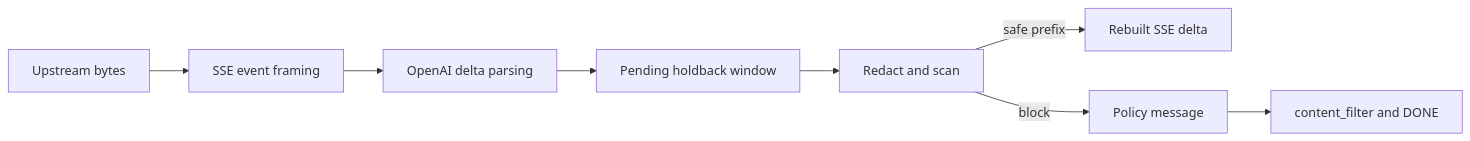
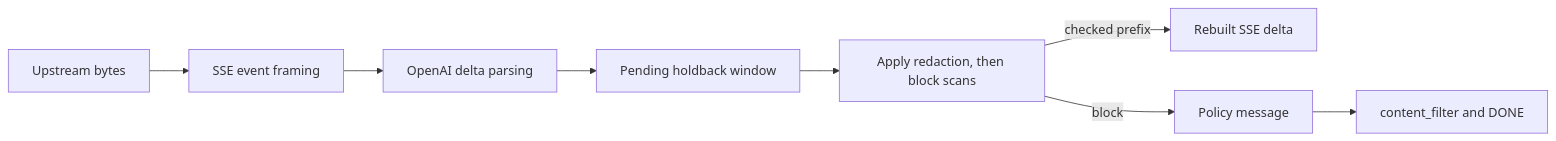
Before and after one commit to kaito-project/kaito: the second of 2 diagrams in docs/building-safer-rag-applications-on-aks-with-kaito-ragengine-guardrails.md, drawn with Mermaid. The commit also changed other lines of this file, not shown here.

````diff
--- a/docs/building-safer-rag-applications-on-aks-with-kaito-ragengine-guardrails.md
+++ b/docs/building-safer-rag-applications-on-aks-with-kaito-ragengine-guardrails.md
@@ -130,10 +132,10 @@
 ```mermaid
 flowchart LR
   A[Upstream bytes] --> B[SSE event framing]
   B --> C[OpenAI delta parsing]
   C --> D[Pending holdback window]
-  D --> E[Redact and scan]
-  E -->|safe prefix| F[Rebuilt SSE delta]
+  D --> E[Apply redaction, then block scans]
+  E -->|checked prefix| F[Rebuilt SSE delta]
   E -->|block| G[Policy message]
   G --> H[content_filter and DONE]
 ```
````
